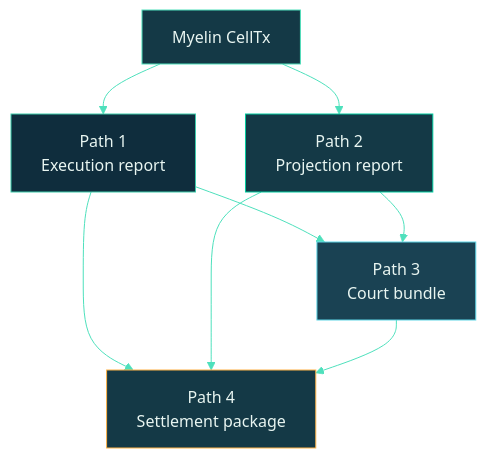
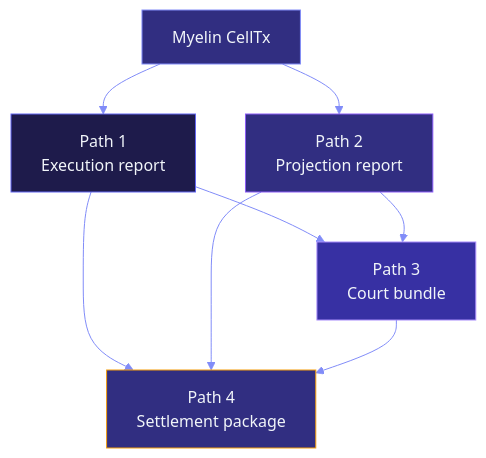
The second of 2 diagrams in docs/security/evidence-paths.md (Myelin-Labs/Myelin), drawn with Mermaid before and after one commit. The commit also changed other lines of this file and 31 other files, not shown here.

````diff
--- a/docs/security/evidence-paths.md
+++ b/docs/security/evidence-paths.md
@@ -231,31 +231,31 @@
 ```mermaid
 %%{init: {
   "theme": "base",
   "themeVariables": {
-    "primaryColor": "#0F2D3D",
-    "primaryTextColor": "#E8F5F1",
-    "primaryBorderColor": "#3CCBAA",
-    "lineColor": "#4EE0BC",
-    "secondaryColor": "#143946",
-    "tertiaryColor": "#1A4253"
+    "primaryColor": "#1E1B4B",
+    "primaryTextColor": "#F1F5F9",
+    "primaryBorderColor": "#6366F1",
+    "lineColor": "#818CF8",
+    "secondaryColor": "#312E81",
+    "tertiaryColor": "#3730A3"
   }
 }}%%
 flowchart TB
     A["Myelin CellTx"]:::in
     P1["Path 1<br/>Execution report"]:::p1
     P2["Path 2<br/>Projection report"]:::p2
     P3["Path 3<br/>Court bundle"]:::p3
     P4["Path 4<br/>Settlement package"]:::p4
 
     A --> P1 --> P3
     A --> P2 --> P3
     P1 --> P4
     P2 --> P4
     P3 --> P4
 
-    classDef in fill:#143946,stroke:#4EE0BC,color:#E8F5F1;
-    classDef p1 fill:#0F2D3D,stroke:#3CCBAA,color:#E8F5F1;
-    classDef p2 fill:#143946,stroke:#00CC9F,color:#E8F5F1;
-    classDef p3 fill:#1A4253,stroke:#5DD4E5,color:#E8F5F1;
-    classDef p4 fill:#143946,stroke:#FFB347,color:#E8F5F1;
+    classDef in fill:#312E81,stroke:#818CF8,color:#F1F5F9;
+    classDef p1 fill:#1E1B4B,stroke:#6366F1,color:#F1F5F9;
+    classDef p2 fill:#312E81,stroke:#8B5CF6,color:#F1F5F9;
+    classDef p3 fill:#3730A3,stroke:#A78BFA,color:#F1F5F9;
+    classDef p4 fill:#312E81,stroke:#F59E0B,color:#F1F5F9;
 ```
````
